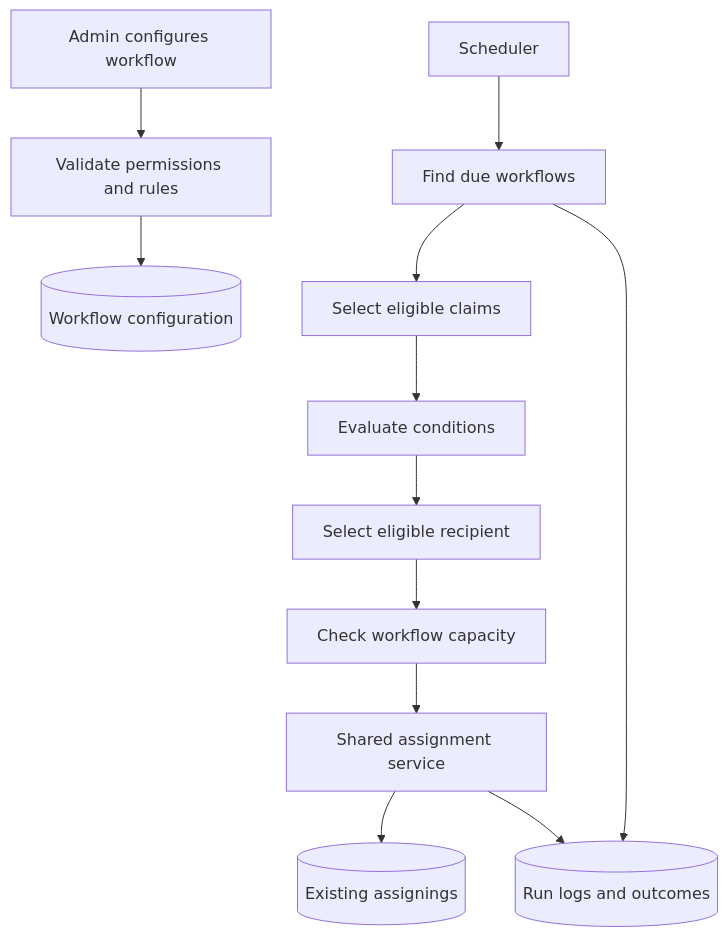
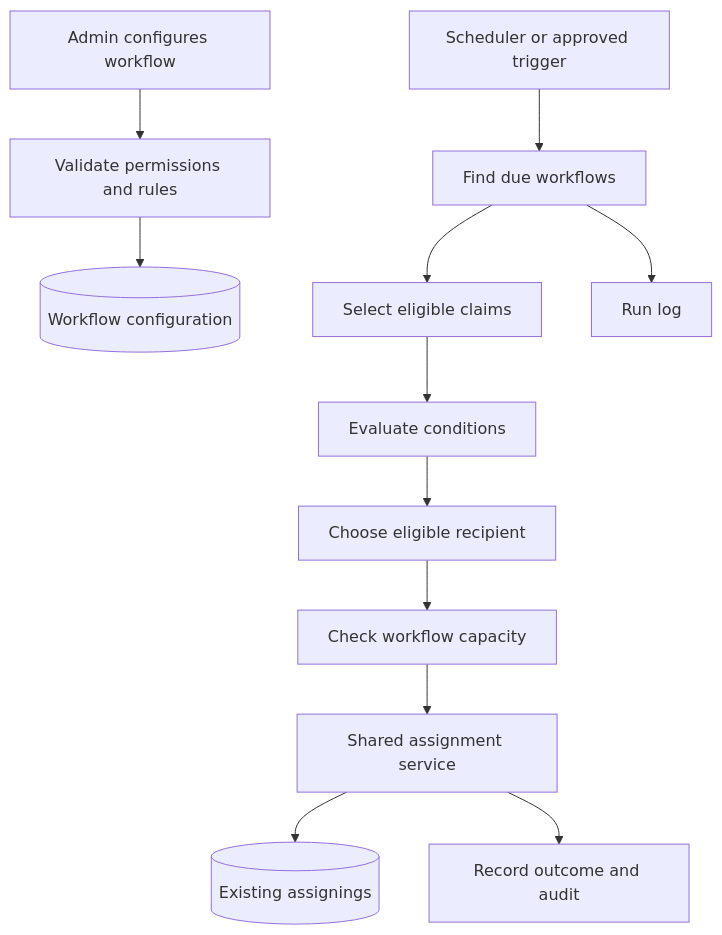
The diagram in doc/new-feat/workflow-configuration-flow-architecture.md (AhmedRamadan03/rcp), drawn with Mermaid before and after one commit. The commit also changed other lines of this file, not shown here.

````diff
--- a/doc/new-feat/workflow-configuration-flow-architecture.md
+++ b/doc/new-feat/workflow-configuration-flow-architecture.md
@@ -11,14 +63,14 @@
 ```mermaid
 flowchart TD
     A[Admin configures workflow] --> B[Validate permissions and rules]
     B --> C[(Workflow configuration)]
-    D[Scheduler] --> E[Find due workflows]
+    D[Scheduler or approved trigger] --> E[Find due workflows]
     E --> F[Select eligible claims]
     F --> G[Evaluate conditions]
-    G --> H[Select eligible recipient]
+    G --> H[Choose eligible recipient]
     H --> I[Check workflow capacity]
     I --> J[Shared assignment service]
     J --> K[(Existing assignings)]
-    E --> L[(Run logs and outcomes)]
-    J --> L
+    J --> L[Record outcome and audit]
+    E --> M[Run log]
 ```
````
